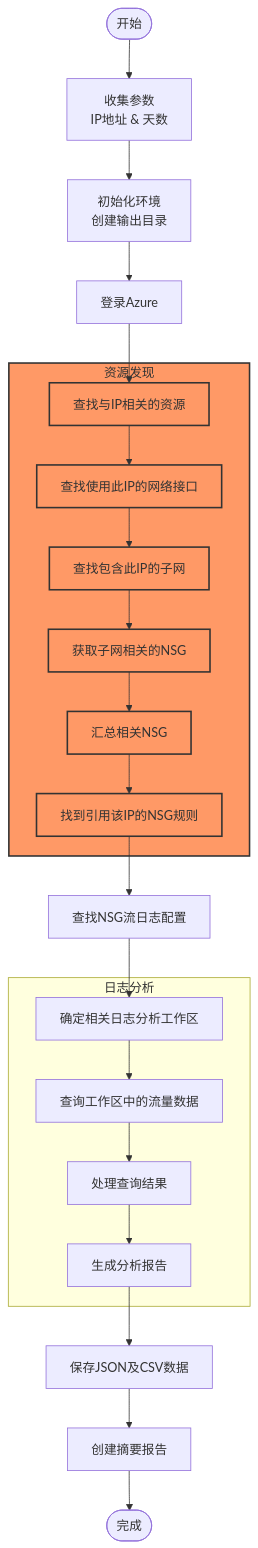
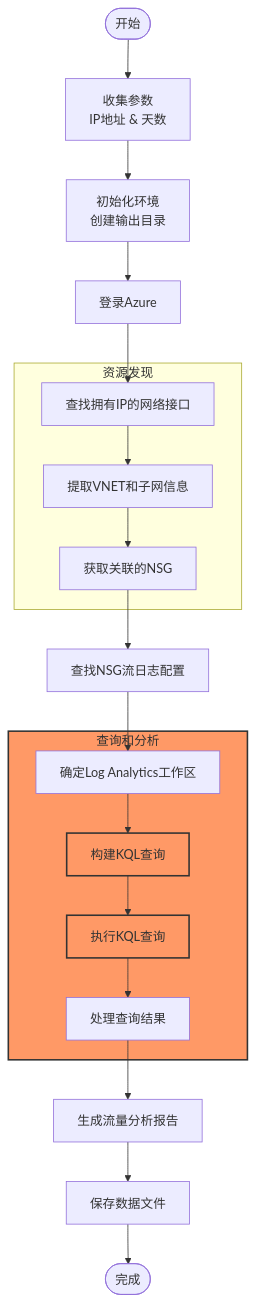
The diagram in Azure/queryreport/mermaid.md (nfline/pythonProject), drawn with Mermaid before and after one commit. The commit also changed 1 other file, not shown here.

`````diff
--- a/Azure/queryreport/mermaid.md
+++ b/Azure/queryreport/mermaid.md
@@ -1,31 +1,28 @@
-```mermaid
+````mermaid
 flowchart TD
     start([开始]) --> param[收集参数\nIP地址 & 天数]
     param --> init[初始化环境\n创建输出目录]
     init --> login[登录Azure]
-    login --> findResources[查找与IP相关的资源]
+    login --> findNICs[查找拥有IP的网络接口]
     
     subgraph ResourceDiscovery[资源发现]
-        findResources --> directNICs[查找使用此IP的网络接口]
-        directNICs --> findSubnets[查找包含此IP的子网]
-        findSubnets --> getSubnetNSGs[获取子网相关的NSG]
-        getSubnetNSGs --> getNSGs[汇总相关NSG]
-        getNSGs --> findNSGRules[找到引用该IP的NSG规则]
+        findNICs --> extractVNET[提取VNET和子网信息]
+        extractVNET --> getNSGs[获取关联的NSG]
     end
     
-    findNSGRules --> findFlowLogs[查找NSG流日志配置]
-    findFlowLogs --> findWorkspaces[确定相关日志分析工作区]
+    getNSGs --> findFlowLogs[查找NSG流日志配置]
+    findFlowLogs --> identifyWorkspaces[确定Log Analytics工作区]
     
-    subgraph LogAnalytics[日志分析]
-        findWorkspaces --> queryWorkspaces[查询工作区中的流量数据]
-        queryWorkspaces --> processResults[处理查询结果]
-        processResults --> generateReport[生成分析报告]
+    subgraph LogAnalytics[查询和分析]
+        identifyWorkspaces --> buildKQL[构建KQL查询]
+        buildKQL --> executeKQL[执行KQL查询]
+        executeKQL --> processResults[处理查询结果]
     end
     
-    generateReport --> saveOutput[保存JSON及CSV数据]
-    saveOutput --> createSummary[创建摘要报告]
-    createSummary --> finish([完成])
+    processResults --> generateReport[生成流量分析报告]
+    generateReport --> saveOutput[保存数据文件]
+    saveOutput --> finish([完成])
     
     classDef highlight fill:#f96,stroke:#333,stroke-width:2px;
-    class ResourceDiscovery,findResources,directNICs,findSubnets,getSubnetNSGs,getNSGs,findNSGRules highlight;
-```
+    class LogAnalytics,buildKQL,executeKQL highlight;
+````
`````
